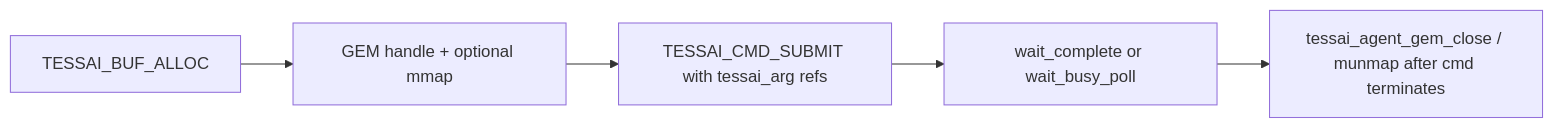
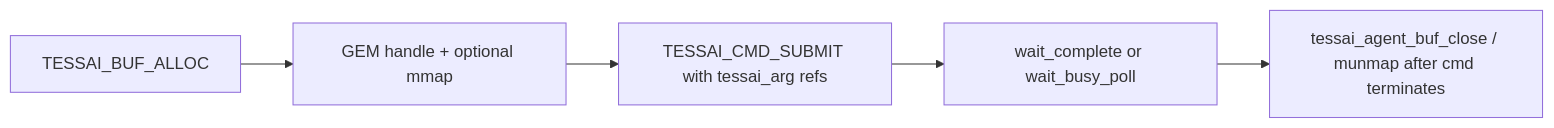
The third of 3 diagrams in docs/lib-userspace-flow.md (Xilinx/amdrnpu), drawn with Mermaid before and after one commit. The commit also changed other lines of this file and 24 other files, not shown here.

First line of the commit message:
Bring in tessai-agent files from reference, rename rpu-rt-rpc to tessai.

````diff
--- a/docs/lib-userspace-flow.md
+++ b/docs/lib-userspace-flow.md
@@ -129,7 +129,7 @@
 ```mermaid
 flowchart LR
     A[TESSAI_BUF_ALLOC] --> B[GEM handle + optional mmap]
     B --> C[TESSAI_CMD_SUBMIT with tessai_arg refs]
     C --> D[wait_complete or wait_busy_poll]
-    D --> E[tessai_agent_gem_close / munmap after cmd terminates]
+    D --> E[tessai_agent_buf_close / munmap after cmd terminates]
 ```
````
